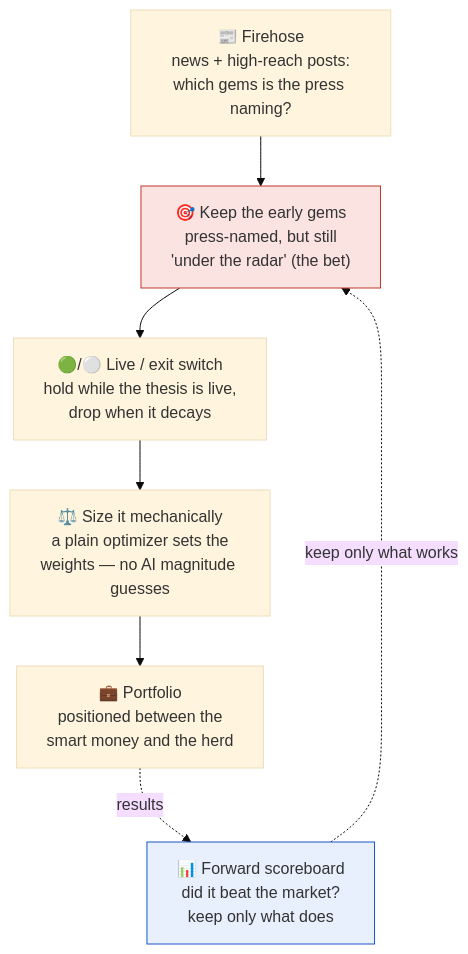
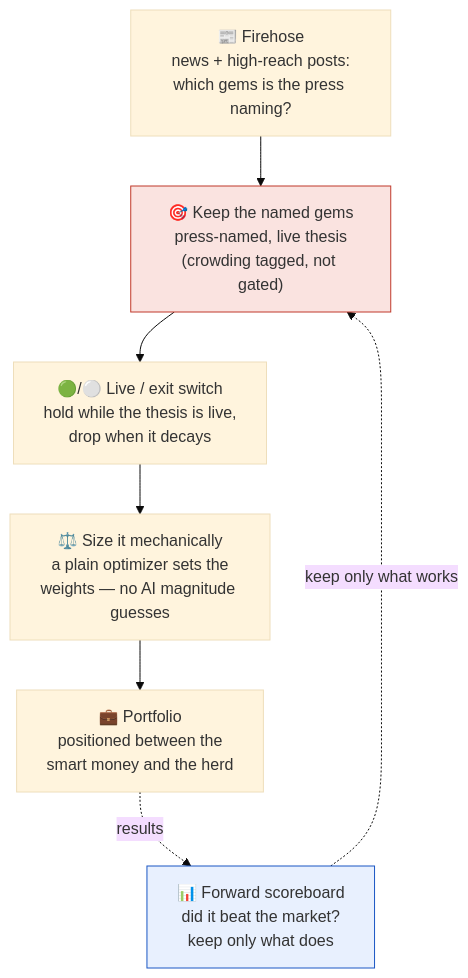
Before and after one commit to joehahn/geo-herd-rider: the diagram in README.md, drawn with Mermaid (base theme). The commit also changed other lines of this file, not shown here.

First line of the commit message:
README: clarify crowding/"early" is a tracked diagnostic, not an entry gate

````diff
--- a/README.md
+++ b/README.md
@@ -18,18 +18,18 @@
 ```mermaid
 flowchart TD
     S["📰 Firehose<br/>news + high-reach posts:<br/>which gems is the press naming?"]
-    G["🎯 Keep the early gems<br/>press-named, but still<br/>'under the radar' (the bet)"]
+    G["🎯 Keep the named gems<br/>press-named, live thesis<br/>(crowding tagged, not gated)"]
     X["🟢/⚪ Live / exit switch<br/>hold while the thesis is live,<br/>drop when it decays"]
     W["⚖️ Size it mechanically<br/>a plain optimizer sets the<br/>weights — no AI magnitude guesses"]
     B["💼 Portfolio<br/>positioned between the<br/>smart money and the herd"]
     SB["📊 Forward scoreboard<br/>did it beat the market?<br/>keep only what does"]
 
     S --> G --> X --> W --> B
     B -. results .-> SB
     SB -. keep only what works .-> G
 
     classDef bet fill:#fae3e0,stroke:#c0392b;
     classDef gate fill:#e8f0fe,stroke:#1a56c4;
     class G bet
     class SB gate
 ```
````
